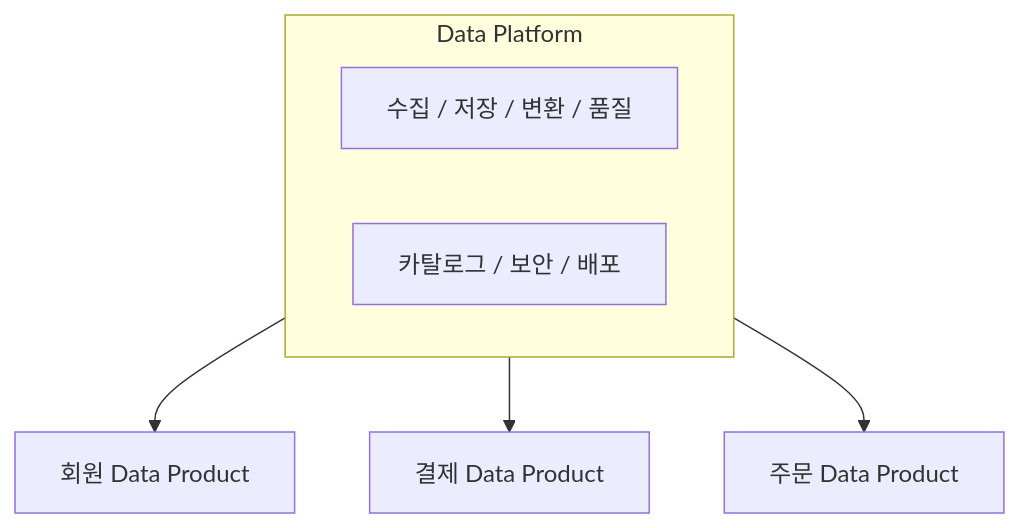
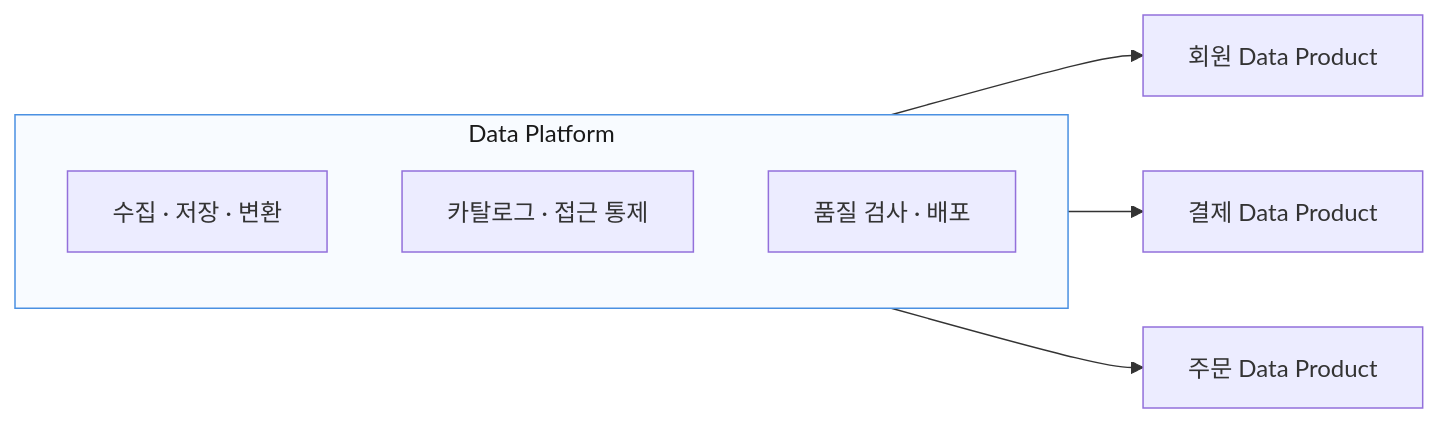
The eighth of 15 diagrams in 모던 데이터 아키텍처/14장. 데이터 프로덕트를 신뢰할 수 있게 만들기.md (i31pc17/bitbook), drawn with Mermaid before and after one commit. The commit also changed other lines of this file, not shown here.

````diff
--- a/모던 데이터 아키텍처/14장. 데이터 프로덕트를 신뢰할 수 있게 만들기.md
+++ b/모던 데이터 아키텍처/14장. 데이터 프로덕트를 신뢰할 수 있게 만들기.md
@@ -655,10 +709,14 @@
 ```mermaid
-flowchart TD
-    subgraph plat["Data Platform"]
-        p1["수집 / 저장 / 변환 / 품질"]
-        p2["카탈로그 / 보안 / 배포"]
+flowchart LR
+    subgraph PLAT["Data Platform"]
+        P1["수집 · 저장 · 변환"]
+        P2["카탈로그 · 접근 통제"]
+        P3["품질 검사 · 배포"]
     end
-    plat --> m["회원 Data Product"]
-    plat --> p["결제 Data Product"]
-    plat --> o["주문 Data Product"]
+
+    PLAT --> M["회원 Data Product"]
+    PLAT --> C["결제 Data Product"]
+    PLAT --> O["주문 Data Product"]
+
+    style PLAT fill:#f8fbff,stroke:#4a90e2,color:#1a1a1a
 ```
````
